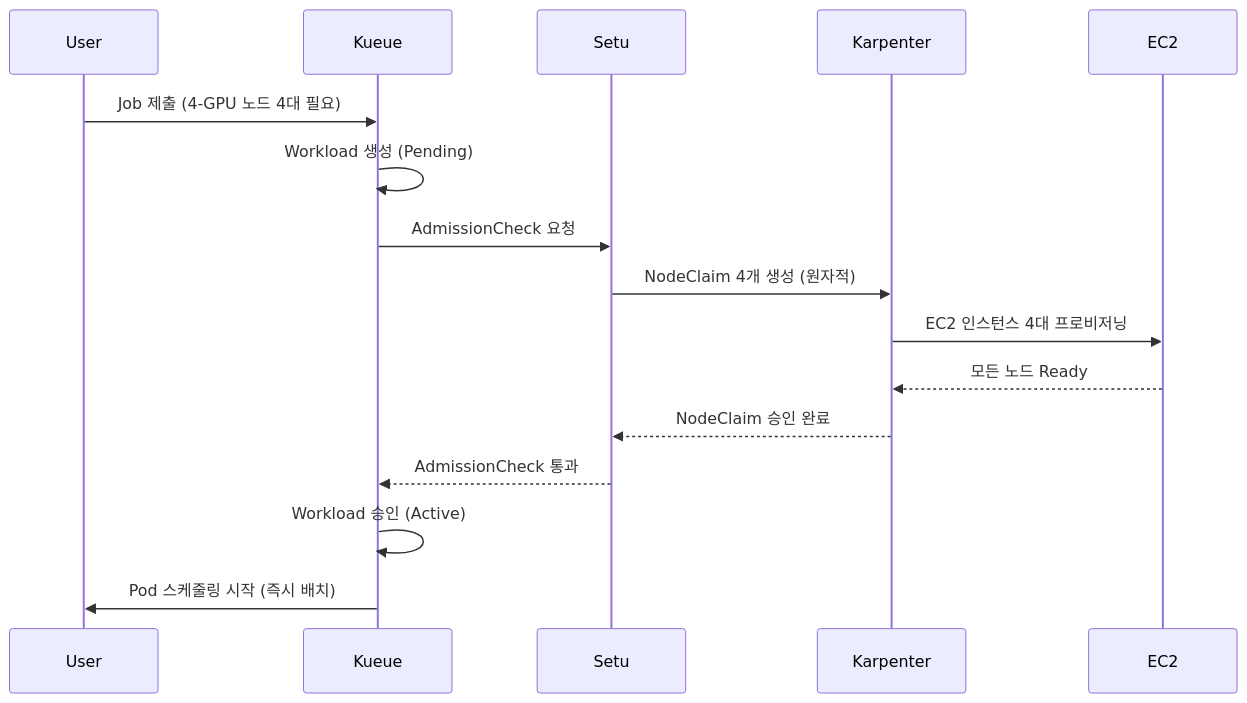
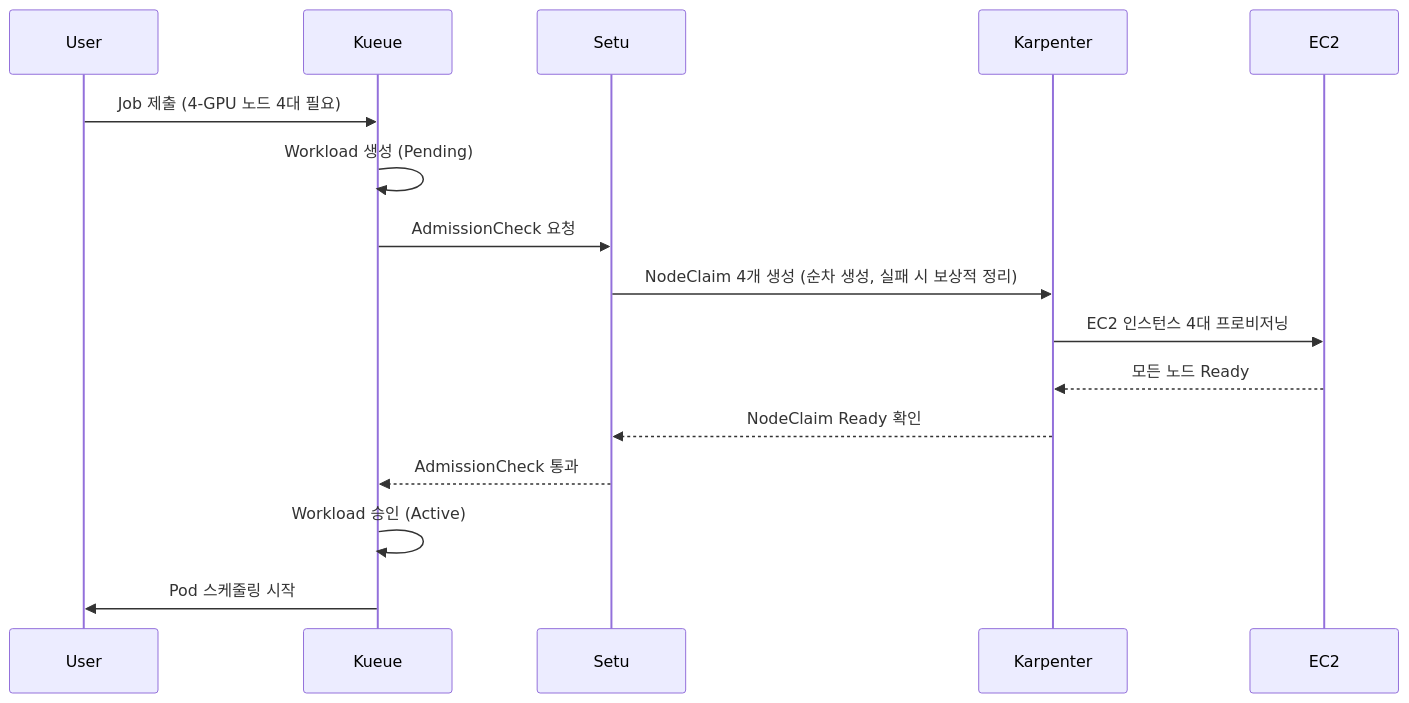
Before and after one commit to devfloor9/engineering-playbook: the fifth of 12 diagrams in docs/eks-best-practices/operations-reliability/eks-pod-scheduling-availability.md, drawn with Mermaid. The commit also changed other lines of this file and 1 other file, not shown here.

````diff
--- a/docs/eks-best-practices/operations-reliability/eks-pod-scheduling-availability.md
+++ b/docs/eks-best-practices/operations-reliability/eks-pod-scheduling-availability.md
@@ -3514,19 +3645,19 @@
 ```mermaid
 sequenceDiagram
     participant User
     participant Kueue
     participant Setu
     participant Karpenter
     participant EC2
 
     User->>Kueue: Job 제출 (4-GPU 노드 4대 필요)
     Kueue->>Kueue: Workload 생성 (Pending)
     Kueue->>Setu: AdmissionCheck 요청
-    Setu->>Karpenter: NodeClaim 4개 생성 (원자적)
+    Setu->>Karpenter: NodeClaim 4개 생성 (순차 생성, 실패 시 보상적 정리)
     Karpenter->>EC2: EC2 인스턴스 4대 프로비저닝
     EC2-->>Karpenter: 모든 노드 Ready
-    Karpenter-->>Setu: NodeClaim 승인 완료
+    Karpenter-->>Setu: NodeClaim Ready 확인
     Setu-->>Kueue: AdmissionCheck 통과
     Kueue->>Kueue: Workload 승인 (Active)
-    Kueue->>User: Pod 스케줄링 시작 (즉시 배치)
+    Kueue->>User: Pod 스케줄링 시작
 ```
````
